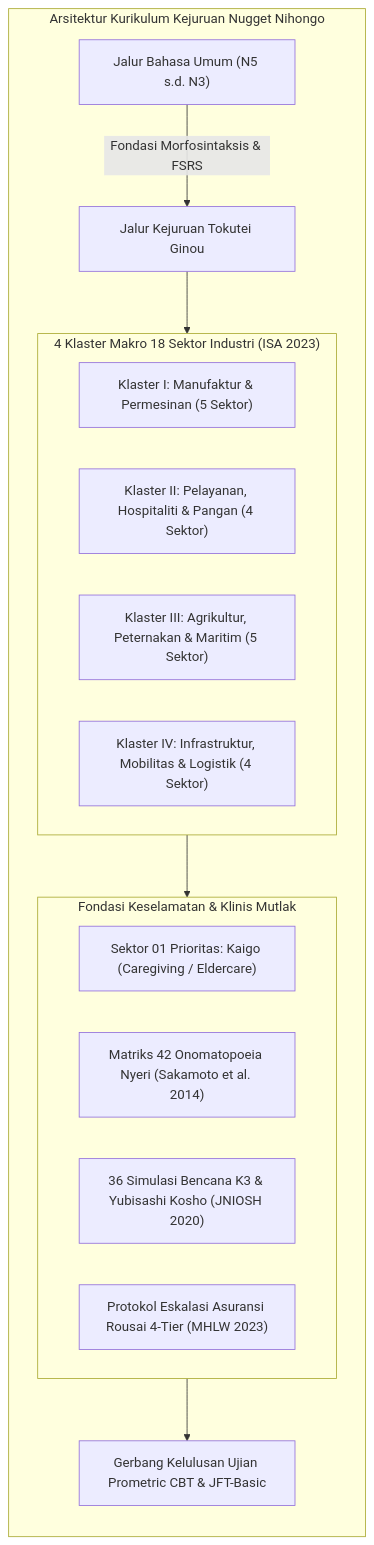
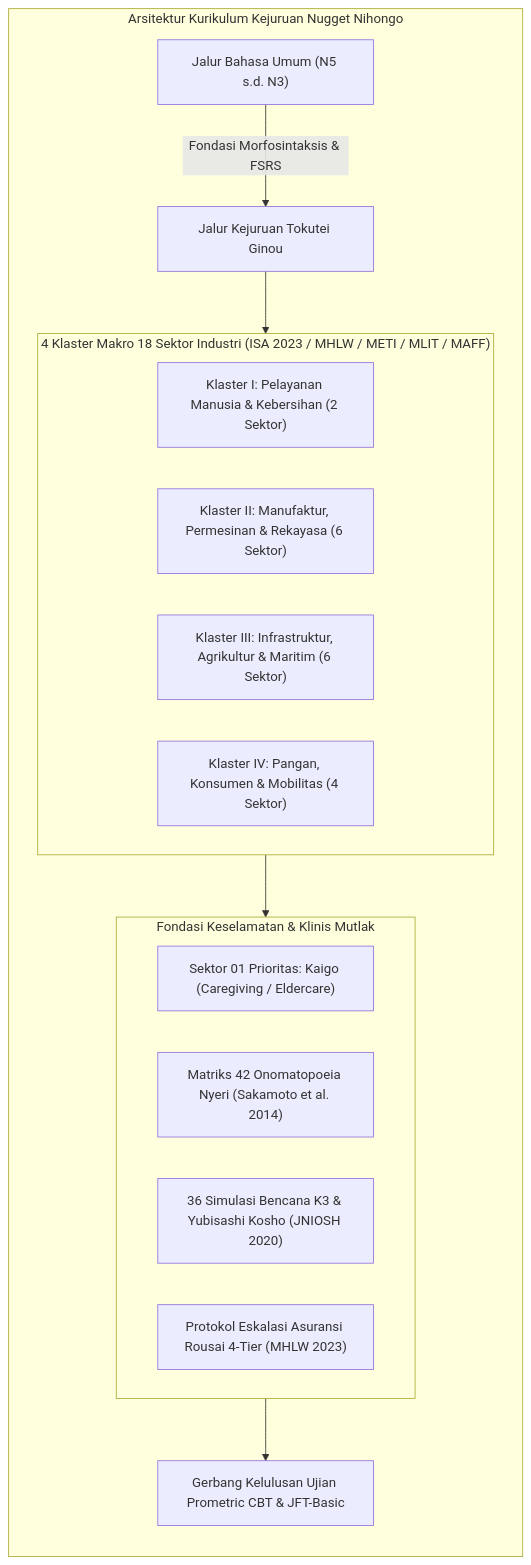
The first of 2 diagrams in corpus/sections/synthesis/syllabi/NUGGET-CURRICULUM-SSW-MASTER-SYLLABUS-v1.md (nuggetenak/nugget-nihongo), drawn with Mermaid before and after one commit. The commit also changed other lines of this file and 2 other files, not shown here.

````diff
--- a/corpus/sections/synthesis/syllabi/NUGGET-CURRICULUM-SSW-MASTER-SYLLABUS-v1.md
+++ b/corpus/sections/synthesis/syllabi/NUGGET-CURRICULUM-SSW-MASTER-SYLLABUS-v1.md
@@ -21,25 +27,25 @@
 ```mermaid
 flowchart TD
     subgraph Track["Arsitektur Kurikulum Kejuruan Nugget Nihongo"]
         direction TB
         G["Jalur Bahasa Umum (N5 s.d. N3)"] -->|Fondasi Morfosintaksis & FSRS| V["Jalur Kejuruan Tokutei Ginou"]
         
-        subgraph Clusters["4 Klaster Makro 18 Sektor Industri (ISA 2023)"]
-            K1["Klaster I: Manufaktur & Permesinan (5 Sektor)"]
-            K2["Klaster II: Pelayanan, Hospitaliti & Pangan (4 Sektor)"]
-            K3["Klaster III: Agrikultur, Peternakan & Maritim (5 Sektor)"]
-            K4["Klaster IV: Infrastruktur, Mobilitas & Logistik (4 Sektor)"]
+        subgraph Clusters["4 Klaster Makro 18 Sektor Industri (ISA 2023 / MHLW / METI / MLIT / MAFF)"]
+            K1["Klaster I: Pelayanan Manusia & Kebersihan (2 Sektor)"]
+            K2["Klaster II: Manufaktur, Permesinan & Rekayasa (6 Sektor)"]
+            K3["Klaster III: Infrastruktur, Agrikultur & Maritim (6 Sektor)"]
+            K4["Klaster IV: Pangan, Konsumen & Mobilitas (4 Sektor)"]
         end
         
         subgraph Core["Fondasi Keselamatan & Klinis Mutlak"]
             KG["Sektor 01 Prioritas: Kaigo (Caregiving / Eldercare)"]
             PN["Matriks 42 Onomatopoeia Nyeri (Sakamoto et al. 2014)"]
             K3D["36 Simulasi Bencana K3 & Yubisashi Kosho (JNIOSH 2020)"]
             RS["Protokol Eskalasi Asuransi Rousai 4-Tier (MHLW 2023)"]
         end
         
         V --> Clusters
         Clusters --> Core
         Core --> EX["Gerbang Kelulusan Ujian Prometric CBT & JFT-Basic"]
     end
 ```
````
